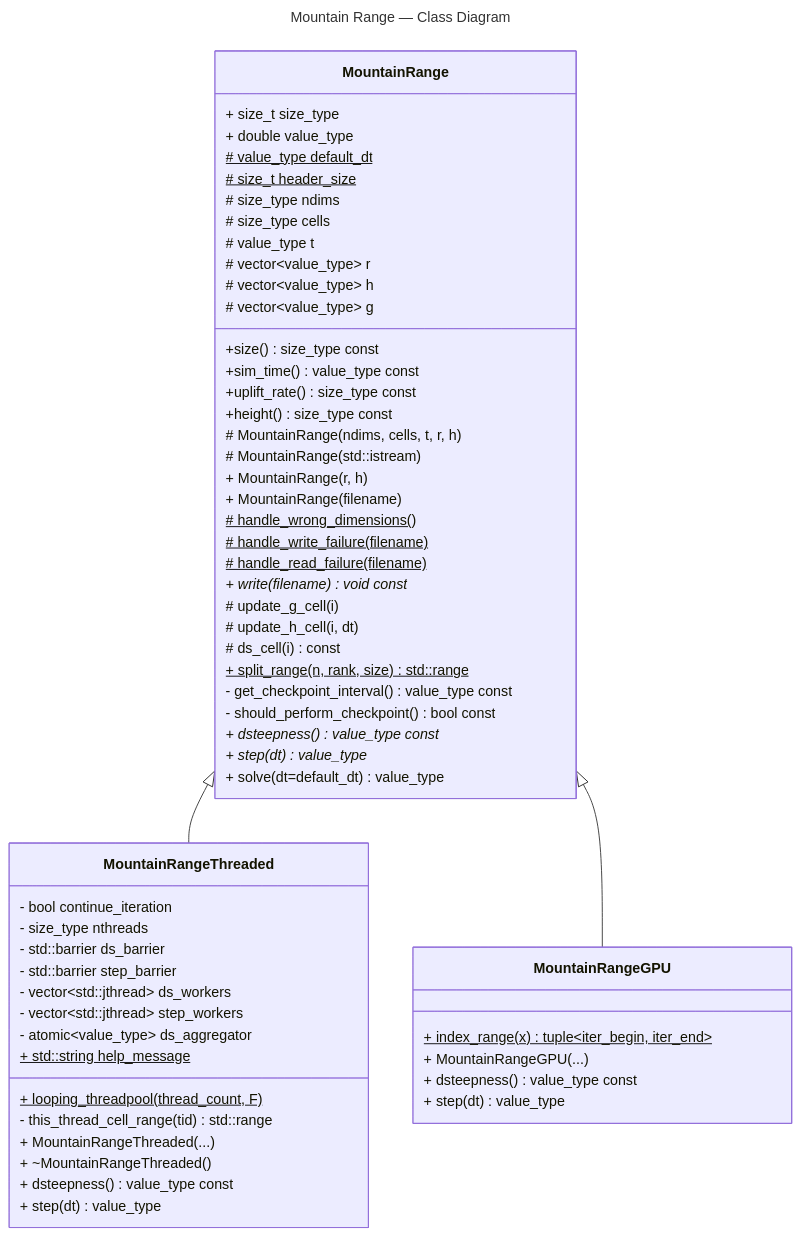
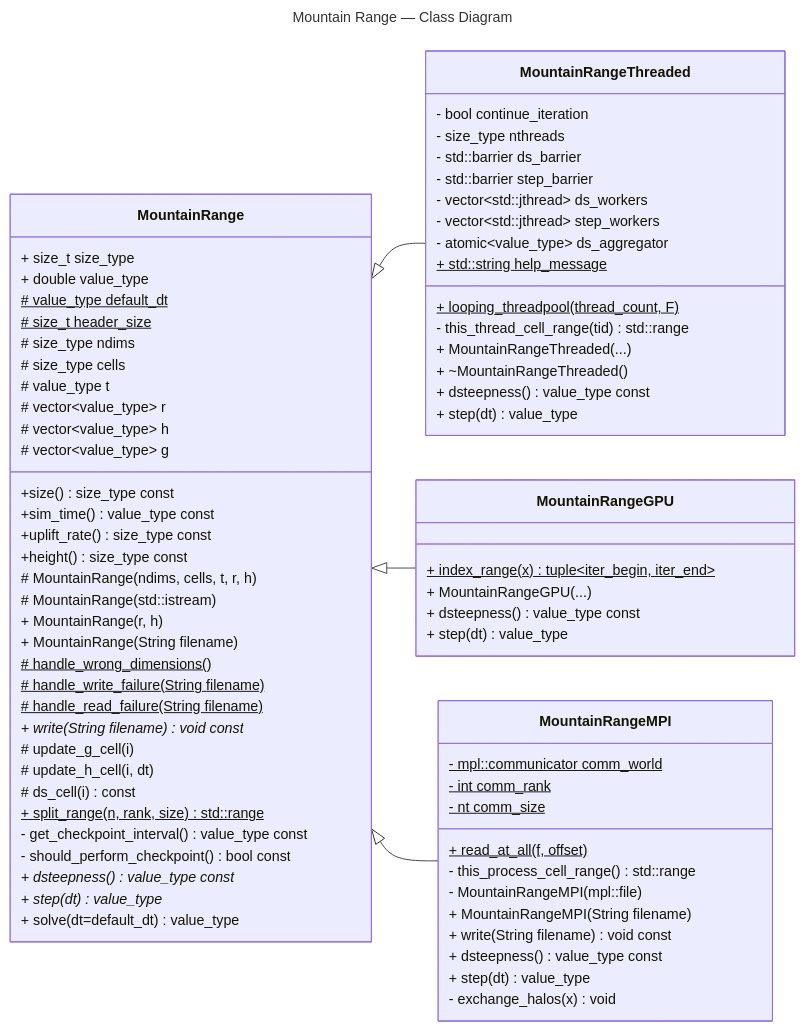
One commit to BYUHPC/sci-comp-course-example-cxx changed the diagram in docs/MountainRange-class-diagram.md. Above: the diagram before and after it, drawn with Mermaid.

Commit message:
Add MountainRangeMPI to CD

````diff
--- a/docs/MountainRange-class-diagram.md
+++ b/docs/MountainRange-class-diagram.md
@@ -5,6 +5,7 @@
 title: Mountain Range — Class Diagram
 ---
 classDiagram
+direction LR
 
 class MountainRange {
     %% Global type variables (readability + mutability)
@@ -31,15 +32,15 @@
     # MountainRange(ndims, cells, t, r, h)
     # MountainRange(std::istream)
     + MountainRange(r, h)
-    + MountainRange(filename)
+    + MountainRange(String filename)
 
     %% Error handling
     # handle_wrong_dimensions()$
-    # handle_write_failure(filename)$
-    # handle_read_failure(filename)$
+    # handle_write_failure(String filename)$
+    # handle_read_failure(String filename)$
 
     %% Output
-    + write(filename) void const*
+    + write(String filename) void const*
 
     %% Solving
     # update_g_cell(i)
@@ -90,6 +91,31 @@
     + step(dt) value_type
 }
 
+class MountainRangeMPI {
+    %% TODO: I'm not sure what this returns
+    + read_at_all(f, offset)$
+    - this_process_cell_range() std::range
+
+    %% Static variables
+    %% These are unique to each worker since each is in a separate process
+    - mpl::communicator comm_world$
+    - int comm_rank$
+    - nt comm_size$
+
+    %% Constructors
+    - MountainRangeMPI(mpl::file)
+    + MountainRangeMPI(String filename)
+
+    %% Override
+    + write(String filename) void const
+    + dsteepness() value_type const
+    + step(dt) value_type
+
+    %% New methods
+    - exchange_halos(x) void
+}
+
 MountainRange <|-- MountainRangeThreaded
 MountainRange <|-- MountainRangeGPU
+MountainRange <|-- MountainRangeMPI
 ```
````
